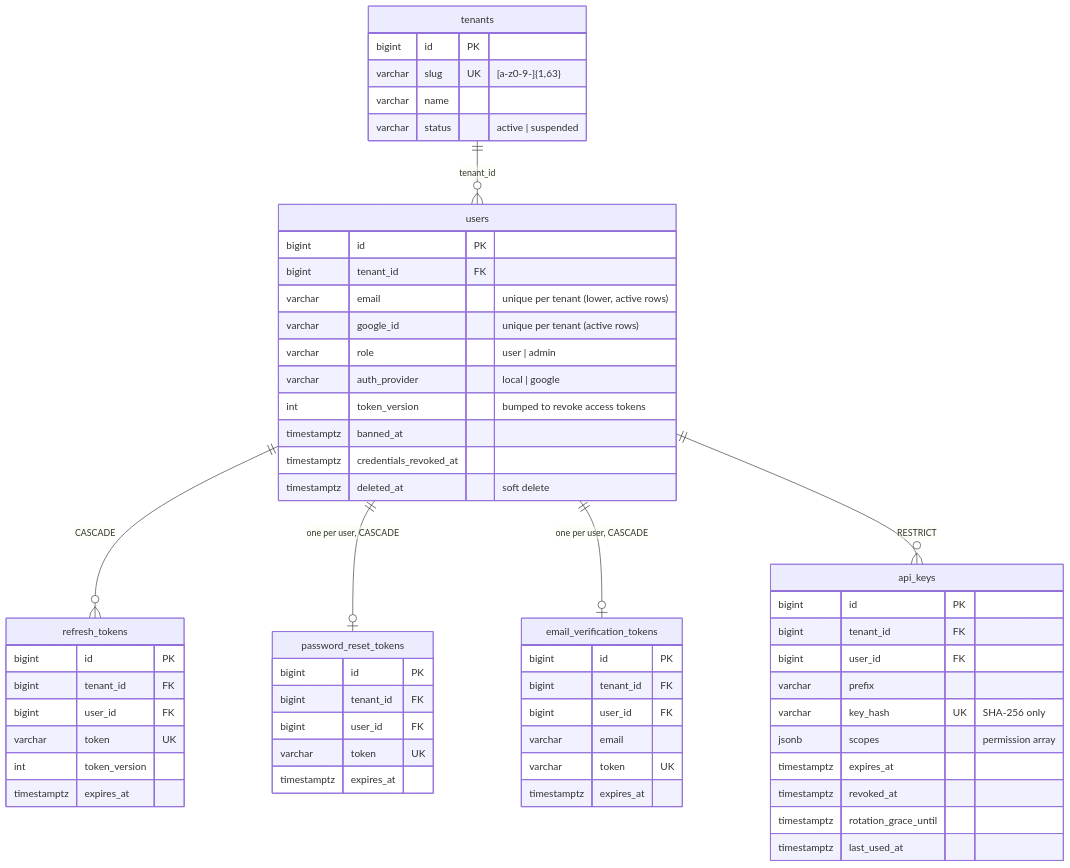
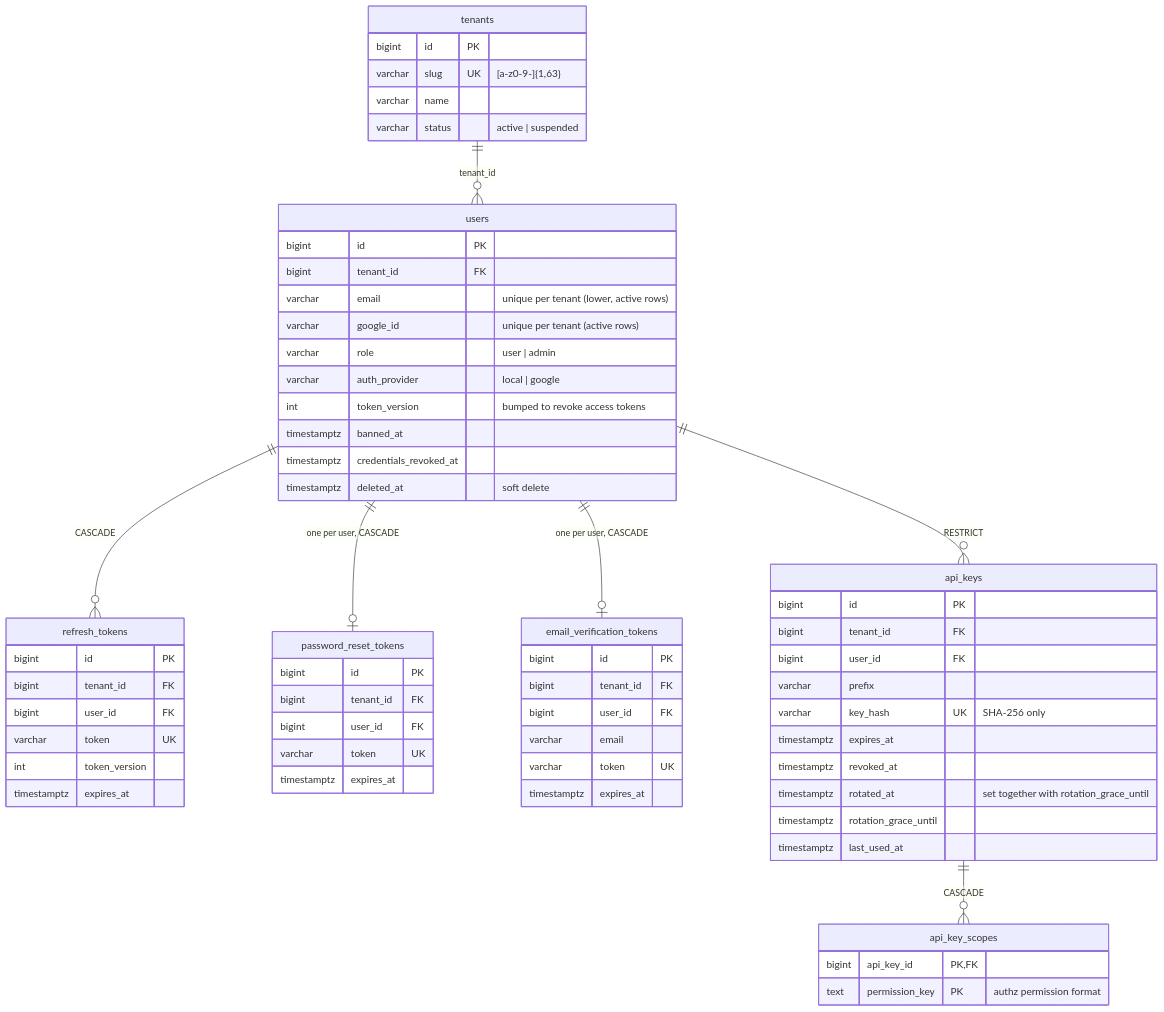
One commit to chuanghiduoc/fiber-golang-boilerplate changed the first of 4 diagrams in docs/data-model.md. Above: the diagram before and after it, drawn with Mermaid. The commit also changed other lines of this file and 71 other files, not shown here.

````diff
--- a/docs/data-model.md
+++ b/docs/data-model.md
@@ -38,62 +61,67 @@
 ```mermaid
 erDiagram
     tenants ||--o{ users : "tenant_id"
     users ||--o{ refresh_tokens : "CASCADE"
     users ||--o| password_reset_tokens : "one per user, CASCADE"
     users ||--o| email_verification_tokens : "one per user, CASCADE"
     users ||--o{ api_keys : "RESTRICT"
+    api_keys ||--o{ api_key_scopes : "CASCADE"
 
     tenants {
         bigint id PK
         varchar slug UK "[a-z0-9-]{1,63}"
         varchar name
         varchar status "active | suspended"
     }
     users {
         bigint id PK
         bigint tenant_id FK
         varchar email "unique per tenant (lower, active rows)"
         varchar google_id "unique per tenant (active rows)"
         varchar role "user | admin"
         varchar auth_provider "local | google"
         int token_version "bumped to revoke access tokens"
         timestamptz banned_at
         timestamptz credentials_revoked_at
         timestamptz deleted_at "soft delete"
     }
     refresh_tokens {
         bigint id PK
         bigint tenant_id FK
         bigint user_id FK
         varchar token UK
         int token_version
         timestamptz expires_at
     }
     password_reset_tokens {
         bigint id PK
         bigint tenant_id FK
         bigint user_id FK
         varchar token UK
         timestamptz expires_at
     }
     email_verification_tokens {
         bigint id PK
         bigint tenant_id FK
         bigint user_id FK
         varchar email
         varchar token UK
         timestamptz expires_at
     }
     api_keys {
         bigint id PK
         bigint tenant_id FK
         bigint user_id FK
         varchar prefix
         varchar key_hash UK "SHA-256 only"
-        jsonb scopes "permission array"
         timestamptz expires_at
         timestamptz revoked_at
+        timestamptz rotated_at "set together with rotation_grace_until"
         timestamptz rotation_grace_until
         timestamptz last_used_at
     }
+    api_key_scopes {
+        bigint api_key_id PK, FK
+        text permission_key PK "authz permission format"
+    }
 ```
````
